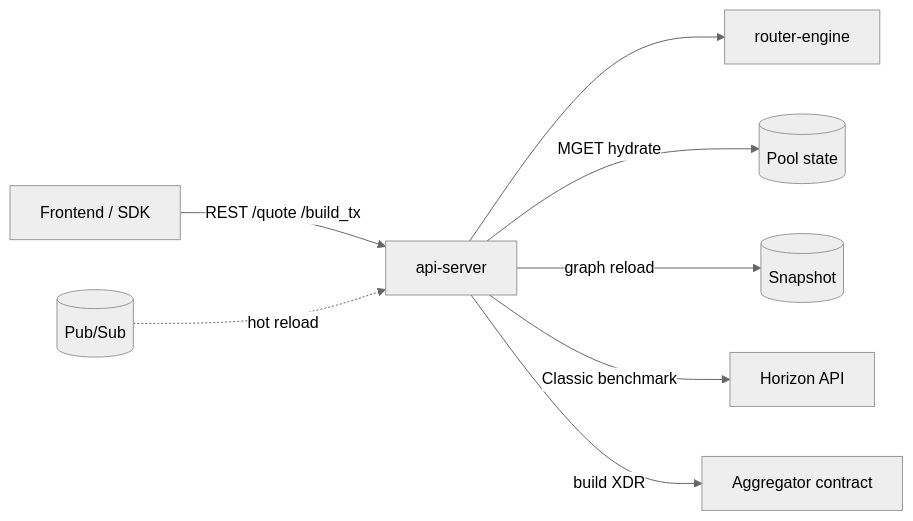
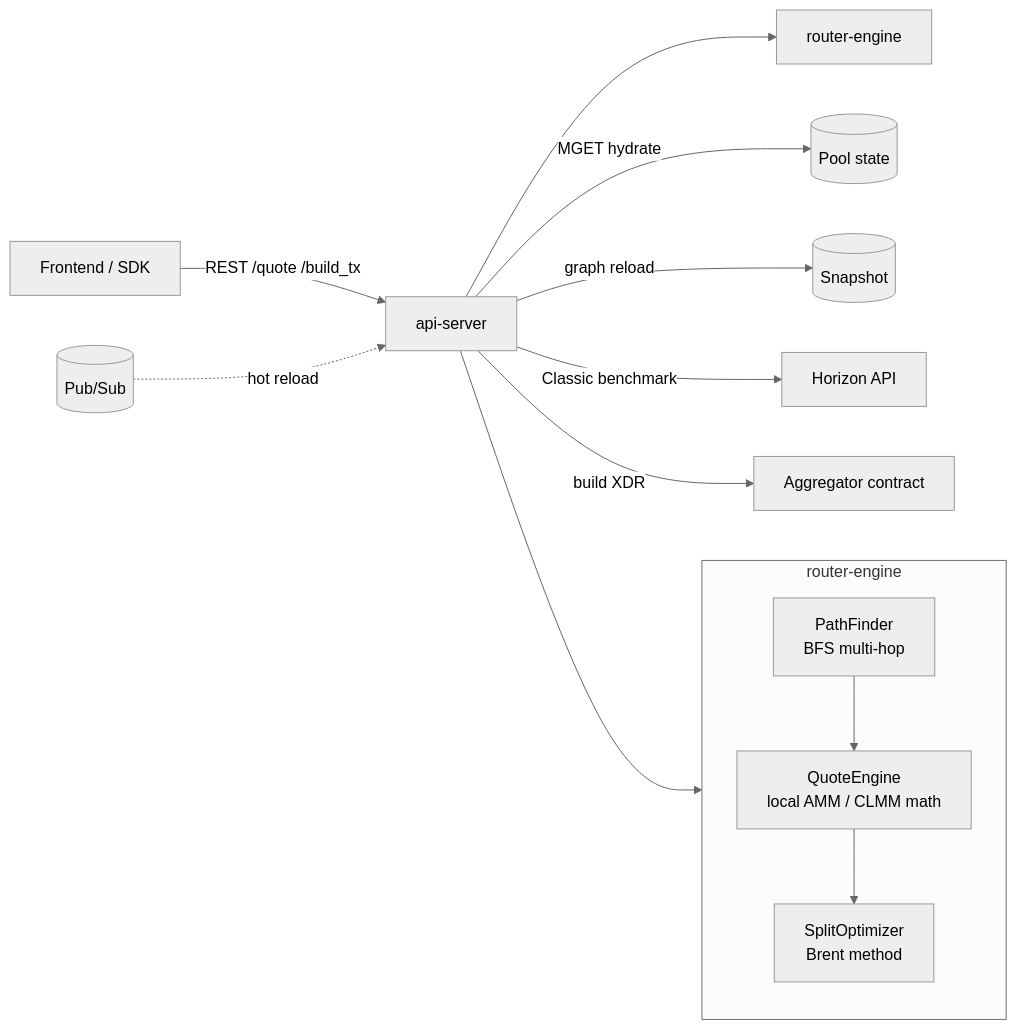
Before and after one commit to Lum-Agg/stellar-dex-agg: the second of 3 diagrams in README.md, drawn with Mermaid (neutral theme). The commit also changed other lines of this file and 1 other file, not shown here.

````diff
--- a/README.md
+++ b/README.md
@@ -79,12 +80,20 @@
 ```mermaid
 flowchart LR
   FE[Frontend / SDK] -->|REST /quote /build_tx| API[api-server]
   API --> RE[router-engine]
 
+  subgraph REinner [router-engine]
+    PF[PathFinder<br/>BFS multi-hop]
+    QE[QuoteEngine<br/>local AMM / CLMM math]
+    SO[SplitOptimizer<br/>Brent method]
+    PF --> QE --> SO
+  end
+
+  API --> REinner
   API -->|MGET hydrate| POOL[(Pool state)]
   API -->|graph reload| SNAP[(Snapshot)]
   PUB[(Pub/Sub)] -.->|hot reload| API
 
   API -->|Classic benchmark| HZN[Horizon API]
   API -->|build XDR| AGG[Aggregator contract]
 ```
````
